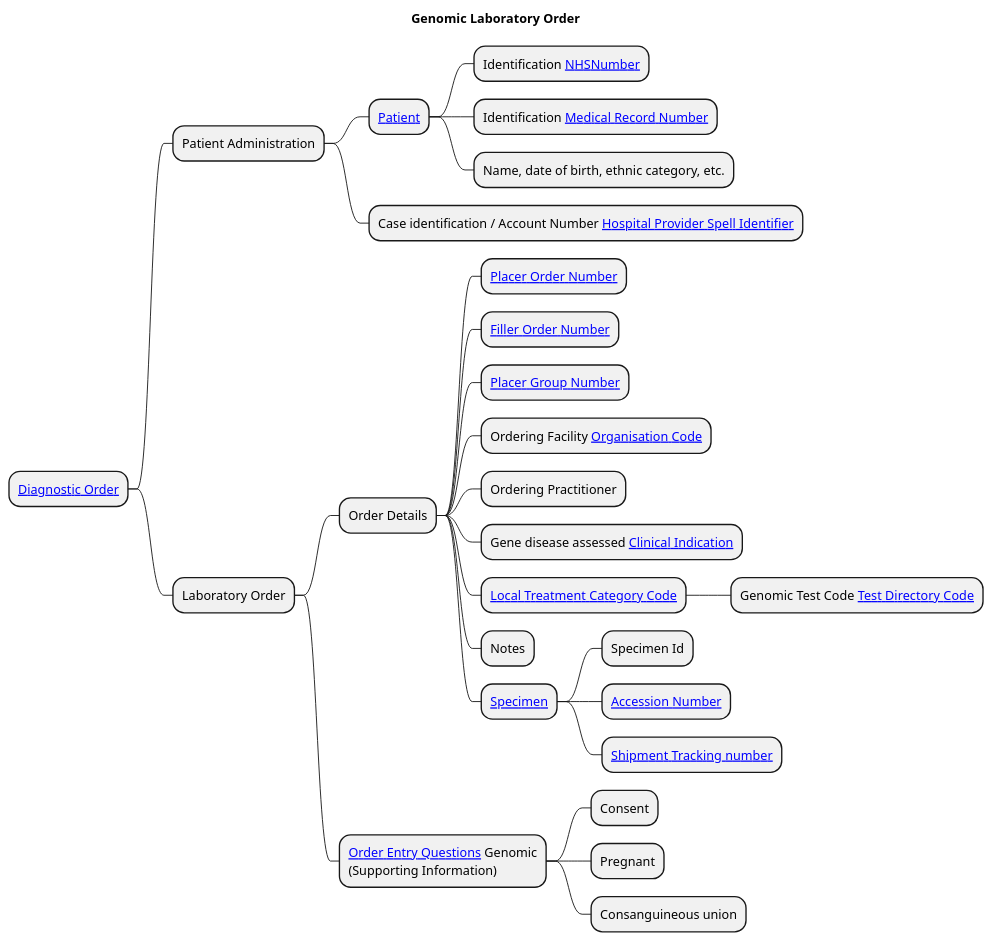
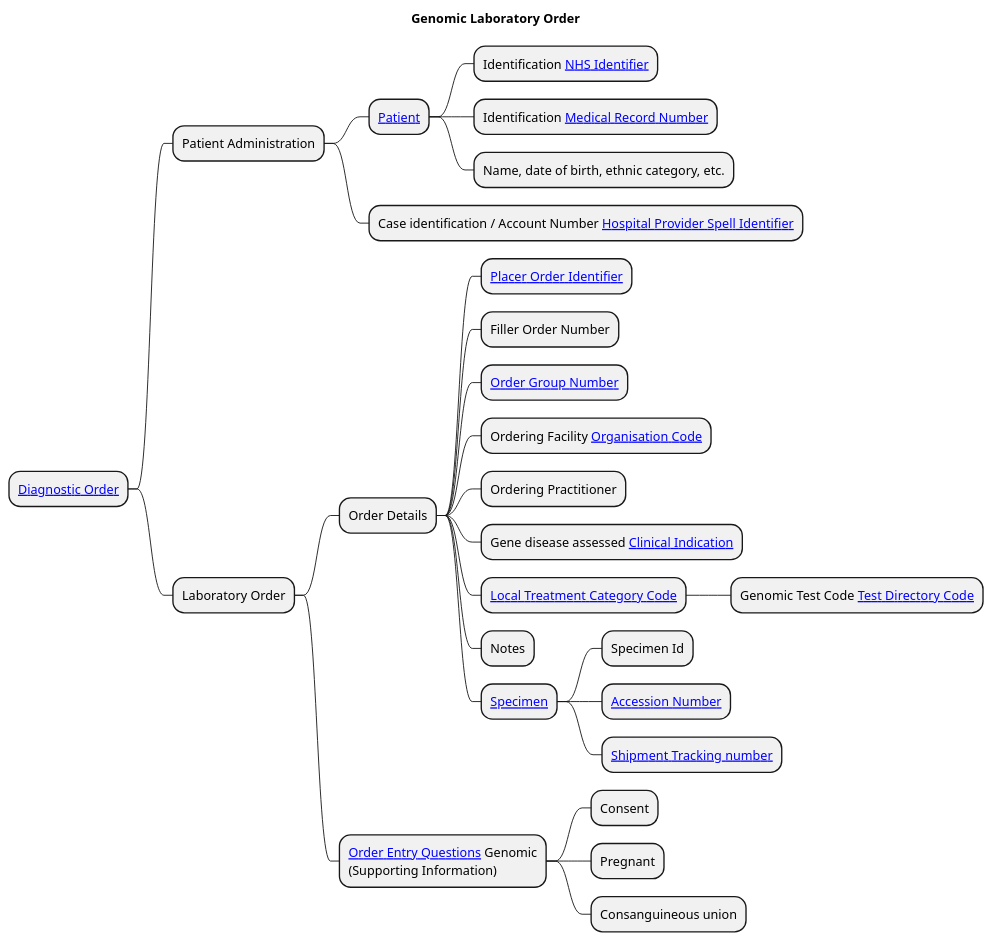
One commit to uk-gov-mirror/nw-gmsa.nw-gmsa.github.com changed the diagram in input/images-source/Laboratory-Order-mindmap.plantuml. Above: the diagram before and after it, drawn with PlantUML. The commit also changed 30 other files, not shown here.

```diff
--- a/input/images-source/Laboratory-Order-mindmap.plantuml
+++ b/input/images-source/Laboratory-Order-mindmap.plantuml
@@ -1,32 +1,32 @@
 @startmindmap
 
 title "Genomic Laboratory Order"
 
 * [[#diagnostic-order Diagnostic Order]]
 ** Patient Administration
 *** [[StructureDefinition-Patient.html Patient]]
-**** Identification [[StructureDefinition-NHSNumber.html NHSNumber]]
+**** Identification [[StructureDefinition-NHSIdentifier.html NHS Identifier]]
 **** Identification [[StructureDefinition-MedicalRecordNumber.html Medical Record Number]]
 **** Name, date of birth, ethnic category, etc.
 *** Case identification / Account Number [[StructureDefinition-HospitalProviderSpellIdentifier.html Hospital Provider Spell Identifier]]
 ** Laboratory Order
 *** Order Details
-**** [[StructureDefinition-OrderIdentifier.html Placer Order Number]]
-**** [[StructureDefinition-OrderFillerNumber.html Filler Order Number]]
-**** [[StructureDefinition-PlacerGroupNumber.html Placer Group Number]]
+**** [[StructureDefinition-OrderIdentifier.html Placer Order Identifier]]
+**** Filler Order Number
+**** [[StructureDefinition-OrderGroupNumber.html Order Group Number]]
 **** Ordering Facility [[StructureDefinition-OrganisationCode.html Organisation Code]]
 **** Ordering Practitioner
 **** Gene disease assessed [[CodeSystem-GenomicClinicalIndication.html Clinical Indication]]
 **** [[https://www.datadictionary.nhs.uk/data_elements/local_treatment_category_code.html Local Treatment Category Code]]
 ***** Genomic Test Code [[CodeSystem-GenomicTestCode.html Test Directory Code]]
 **** Notes
 **** [[#specimen Specimen]]
 ***** Specimen Id
-***** [[StructureDefinition-AccessionNumber.html Accession Number]]
+***** [[StructureDefinition-SpecimenAccessionNumber.html Accession Number]]
 ***** [[StructureDefinition-ShipmentTrackingNumber.html Shipment Tracking number]]
 *** [[#order-entry-questions Order Entry Questions]] Genomic\n(Supporting Information)
 **** Consent
 **** Pregnant
 **** Consanguineous union
 
 @endmindmap
```
